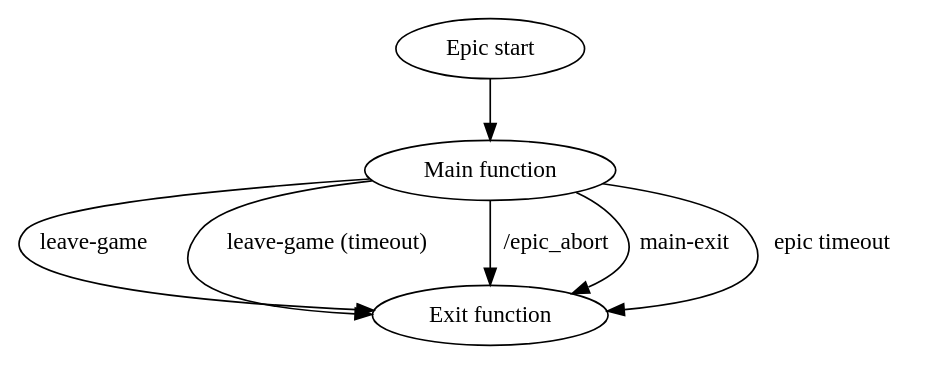
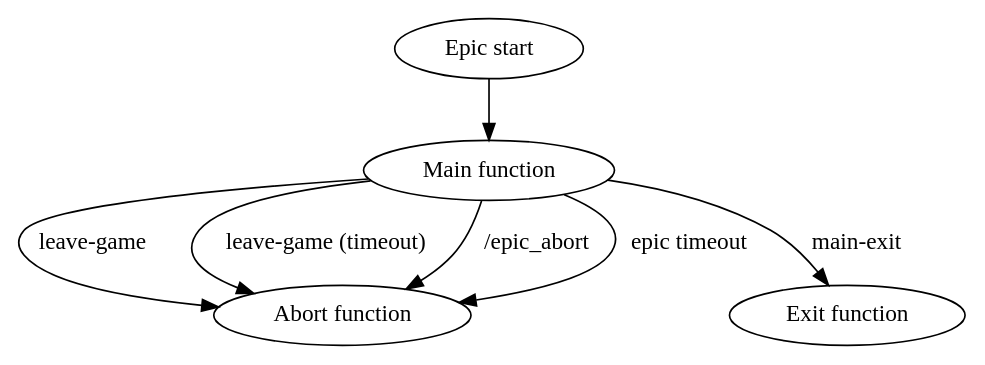
One commit to BuckarooBanzay/epic changed the diagram in doc/executor_lifecycle_2.dot. Above: the diagram before and after it, drawn with Graphviz. The commit also changed 3 other files, not shown here.

```diff
--- a/doc/executor_lifecycle_2.dot
+++ b/doc/executor_lifecycle_2.dot
@@ -1,8 +1,8 @@
 digraph {
  "Epic start" -> "Main function";
- "Main function" -> "Exit function" [label="leave-game"];
- "Main function" -> "Exit function" [label="leave-game (timeout)"];
- "Main function" -> "Exit function" [label="/epic_abort"];
+ "Main function" -> "Abort function" [label="leave-game"];
+ "Main function" -> "Abort function" [label="leave-game (timeout)"];
+ "Main function" -> "Abort function" [label="/epic_abort"];
  "Main function" -> "Exit function" [label="main-exit"];
- "Main function" -> "Exit function" [label="epic timeout"];
+ "Main function" -> "Abort function" [label="epic timeout"];
 }
```
